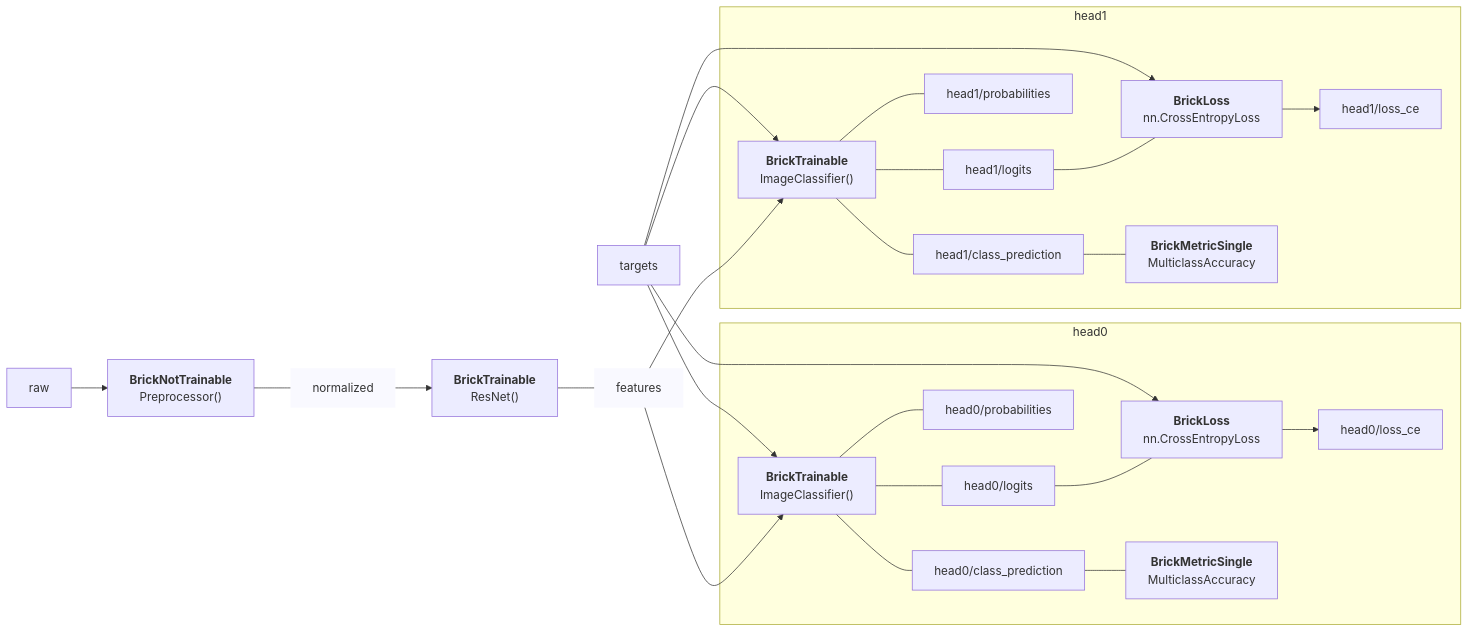
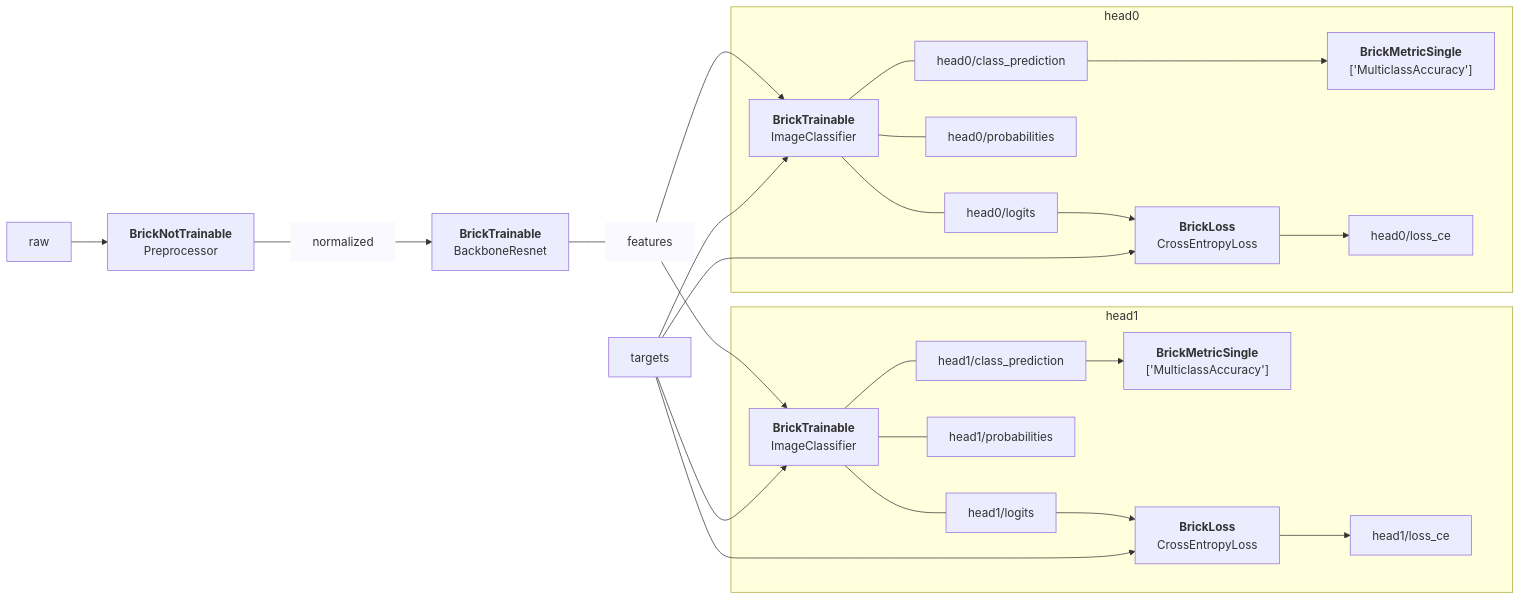
The third of 6 diagrams in README.md (pete-machine/torchbricks), drawn with Mermaid before and after one commit. The commit also changed other lines of this file and 6 other files, not shown here.

Commit message:
Adding make mermaid graph funtcionality

```````diff
--- a/README.md
+++ b/README.md
@@ -389,28 +389,40 @@
 ```mermaid
 flowchart LR
+    %% Define bricks
+    preprocessor["<strong>BrickNotTrainable</strong><br>Preprocessor"]
+    backbone["<strong>BrickTrainable</strong><br>BackboneResnet"]
+    head0/classifier["<strong>BrickTrainable</strong><br>ImageClassifier"]
+    head0/accuracy["<strong>BrickMetricSingle</strong><br>['MulticlassAccuracy']"]
+    head0/loss["<strong>BrickLoss</strong><br>CrossEntropyLoss"]
+    head1/classifier["<strong>BrickTrainable</strong><br>ImageClassifier"]
+    head1/accuracy["<strong>BrickMetricSingle</strong><br>['MulticlassAccuracy']"]
+    head1/loss["<strong>BrickLoss</strong><br>CrossEntropyLoss"]
+    features:::arrow
+    normalized:::arrow
+
+    %% Brick connections %%
+    raw --> preprocessor
+    targets --> head0/loss 
+    targets --> head0/classifier
+    targets --> head1/loss & head1/classifier
     
-    targets --> head0/loss & head0/classifier & head1/loss & head1/classifier
-    raw --> preprocessor["`**BrickNotTrainable**
-    Preprocessor()`"]
     
-    preprocessor --- normalized:::arrow-->backbone["`**BrickTrainable**
-    ResNet()`"] --- features:::arrow --> head0/classifier & head1/classifier
+    preprocessor --- normalized --> backbone 
+    backbone --- features --> head0/classifier & head1/classifier
 
     subgraph head0
-        head0/classifier["<strong>BrickTrainable</strong><br>ImageClassifier()"] --- head0/logits & head0/probabilities & head0/class_prediction
-        head0/class_prediction --- head0/accuracy["`**BrickMetricSingle**
-        MulticlassAccuracy`"]
-        head0/logits --- head0/loss["`**BrickLoss**
-        nn.CrossEntropyLoss`"] --> head0/loss_ce
+        head0/classifier --- head0/logits & head0/probabilities & head0/class_prediction
+        head0/class_prediction ---> head0/accuracy
+        head0/logits --> head0/loss --> head0/loss_ce
     end
     subgraph head1
-        head1/classifier["`**BrickTrainable**
-        ImageClassifier()`"] --- head1/logits & head1/probabilities & head1/class_prediction
-        head1/class_prediction --- head1/accuracy["`**BrickMetricSingle**
-        MulticlassAccuracy`"]
-        head1/logits --- head1/loss["`**BrickLoss**
-        nn.CrossEntropyLoss`"] --> head1/loss_ce
+        head1/classifier --- head1/logits & head1/probabilities & head1/class_prediction
+        head1/class_prediction --> head1/accuracy
+        head1/logits --> head1/loss --> head1/loss_ce
     end
+
+
+
     %% style a_features stroke-width:0px
     classDef arrow stroke-width:0px,fill-opacity:0.3
 ``````
```````
